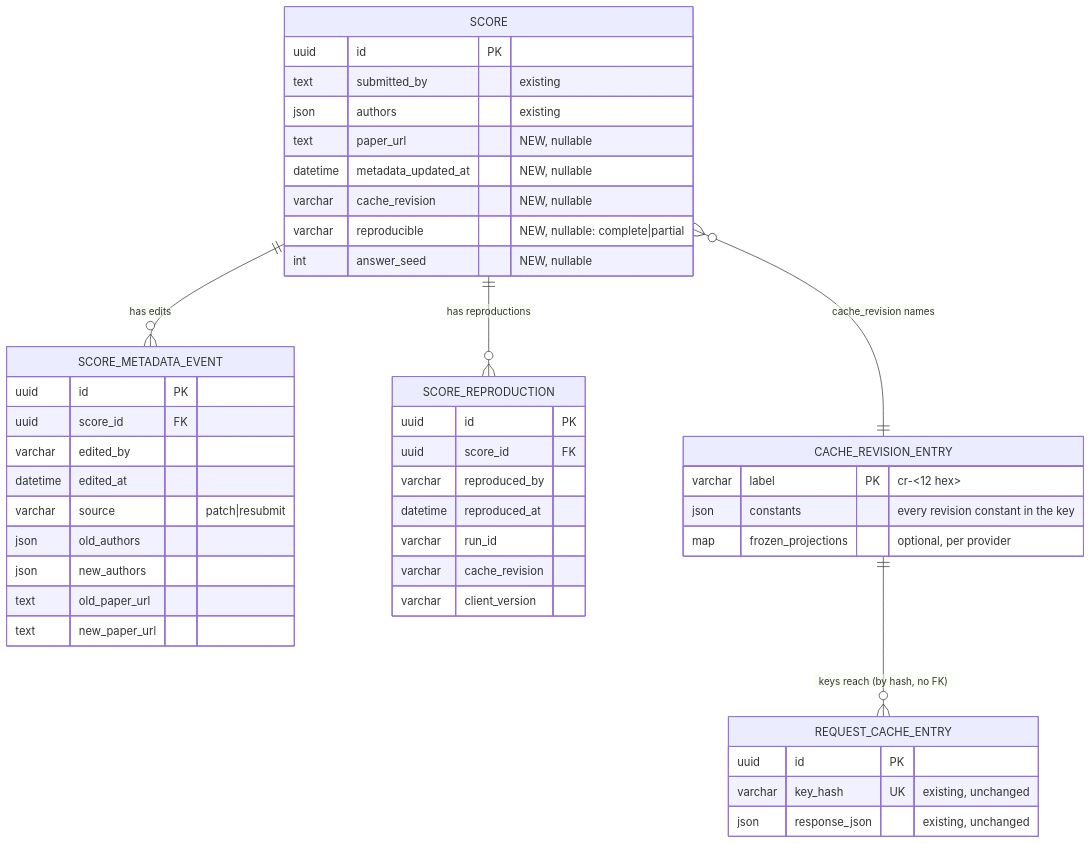
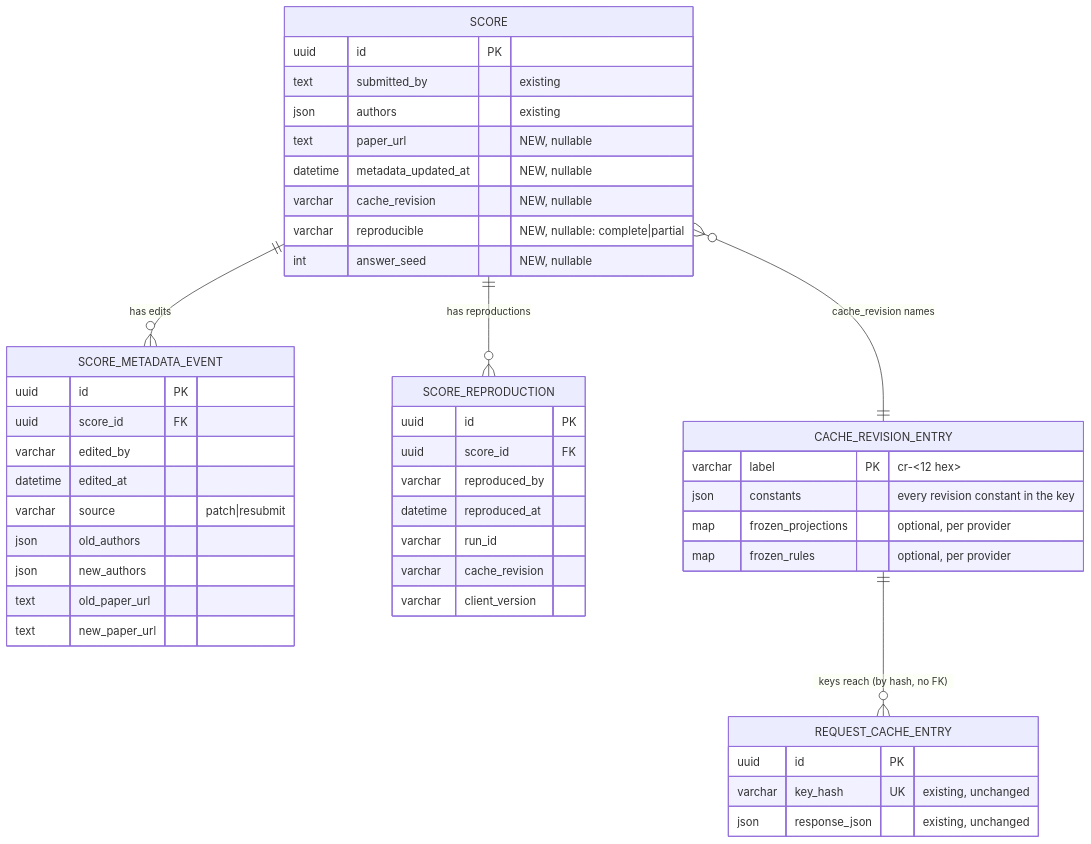
One commit to ScreamingFace/screamingface changed the diagram in docs/spec/2026-10-06-e14-reproducible-submission/erd.md. Above: the diagram before and after it, drawn with Mermaid. The commit also changed other lines of this file, not shown here.

First line of the commit message:
docs(e14): let a revision entry freeze parameter rules too

````diff
--- a/docs/spec/2026-10-06-e14-reproducible-submission/erd.md
+++ b/docs/spec/2026-10-06-e14-reproducible-submission/erd.md
@@ -8,48 +8,49 @@
 ```mermaid
 erDiagram
     SCORE ||--o{ SCORE_METADATA_EVENT : "has edits"
     SCORE ||--o{ SCORE_REPRODUCTION : "has reproductions"
     SCORE }o--|| CACHE_REVISION_ENTRY : "cache_revision names"
     CACHE_REVISION_ENTRY ||--o{ REQUEST_CACHE_ENTRY : "keys reach (by hash, no FK)"
 
     SCORE {
         uuid id PK
         text submitted_by "existing"
         json authors "existing"
         text paper_url "NEW, nullable"
         datetime metadata_updated_at "NEW, nullable"
         varchar cache_revision "NEW, nullable"
         varchar reproducible "NEW, nullable: complete|partial"
         int answer_seed "NEW, nullable"
     }
     SCORE_METADATA_EVENT {
         uuid id PK
         uuid score_id FK
         varchar edited_by
         datetime edited_at
         varchar source "patch|resubmit"
         json old_authors
         json new_authors
         text old_paper_url
         text new_paper_url
     }
     SCORE_REPRODUCTION {
         uuid id PK
         uuid score_id FK
         varchar reproduced_by
         datetime reproduced_at
         varchar run_id
         varchar cache_revision
         varchar client_version
     }
     CACHE_REVISION_ENTRY {
         varchar label PK "cr-<12 hex>"
         json constants "every revision constant in the key"
         map frozen_projections "optional, per provider"
+        map frozen_rules "optional, per provider"
     }
     REQUEST_CACHE_ENTRY {
         uuid id PK
         varchar key_hash UK "existing, unchanged"
         json response_json "existing, unchanged"
     }
 ```
````
